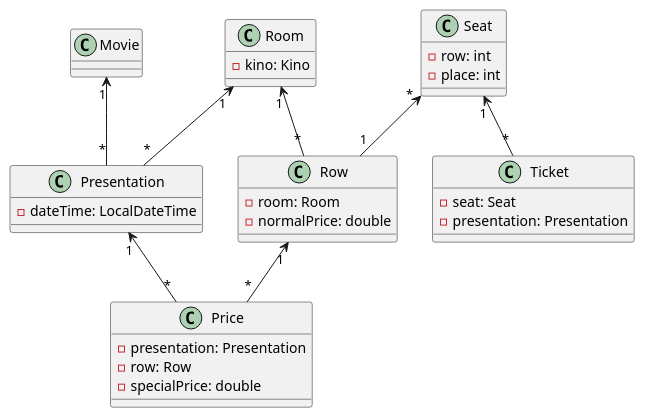
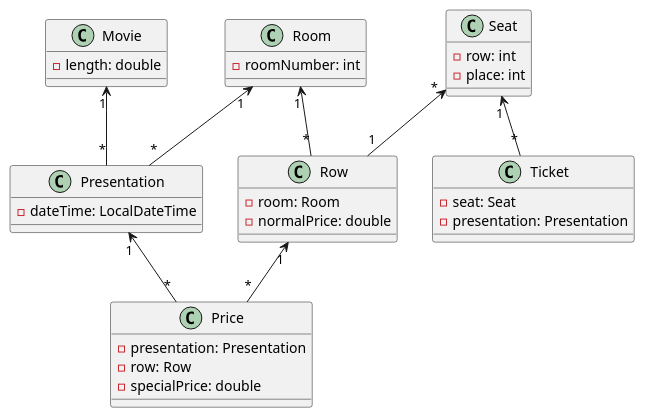
The diagram in asciidocs/plantuml/cld-cinema-reservation.puml (2122-3bhitm-itp/02-project-cinema-reservation), drawn with PlantUML before and after one commit.

Commit message:
cld-update

```diff
--- a/asciidocs/plantuml/cld-cinema-reservation.puml
+++ b/asciidocs/plantuml/cld-cinema-reservation.puml
@@ -1,43 +1,45 @@
 @startuml
 class Room{
--kino: Kino
+-roomNumber: int
 }
-class Movie{}
+class Movie{
+-length: double
+}
 
 class Row{
 -room: Room
 -normalPrice: double
 }
 
 class Seat{
 -row: int
 -place: int
 }
 
 class Presentation{
 -dateTime: LocalDateTime
 }
 
 class Price{
 -presentation: Presentation
 -row: Row
 -specialPrice: double
 }
 
 class Ticket{
 -seat: Seat
 -presentation: Presentation
 }
 
 Room "1" <-- "*" Row
 Room "1" <-- "*" Presentation
 
 Movie "1" <-- "*" Presentation
 Presentation "1" <-- "*" Price
 Row "1" <-- "*" Price
 Seat "1" <-- "*" Ticket
 Seat "*" <-- "1" Row
 
 
 
 @enduml
```
